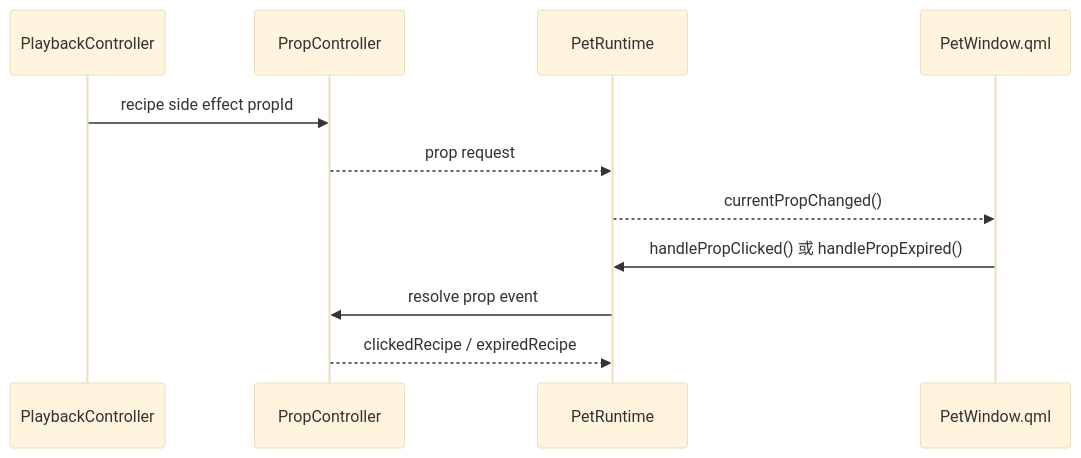
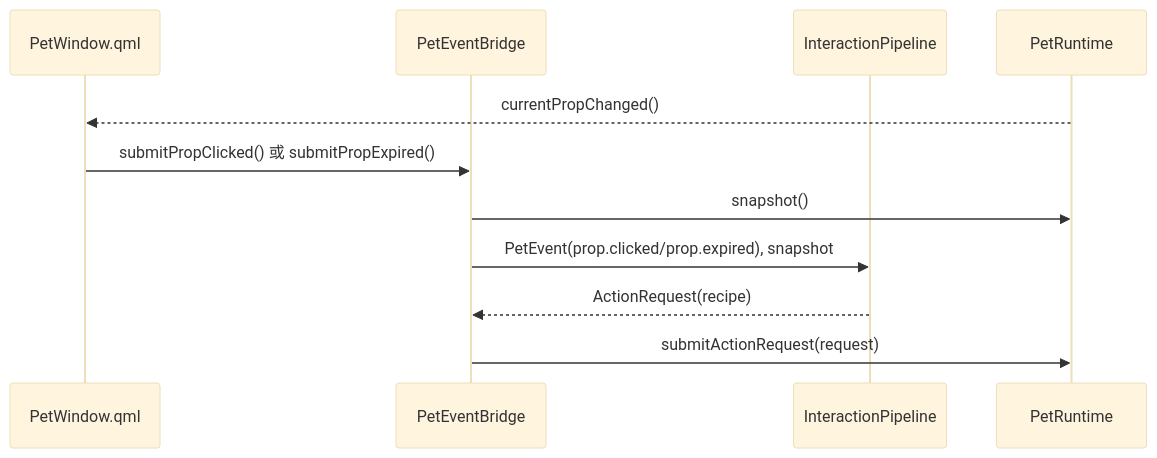
One commit to tiantian180/MilesEdgeworth changed the fifth of 5 diagrams in docs/v2/设计方案/桌宠运行时职责拆分设计.md. Above: the diagram before and after it, drawn with Mermaid (base theme). The commit also changed other lines of this file and 47 other files, not shown here.

Commit message:
refactor: add event action request pipeline

````diff
--- a/docs/v2/设计方案/桌宠运行时职责拆分设计.md
+++ b/docs/v2/设计方案/桌宠运行时职责拆分设计.md
@@ -548,14 +649,14 @@
 ```mermaid
 sequenceDiagram
-    participant Playback as PlaybackController
-    participant Prop as PropController
+    participant QML as PetWindow.qml
+    participant Bridge as PetEventBridge
+    participant Pipeline as InteractionPipeline
     participant Runtime as PetRuntime
-    participant QML as PetWindow.qml
 
-    Playback->>Prop: recipe side effect propId
-    Prop-->>Runtime: prop request
     Runtime-->>QML: currentPropChanged()
-    QML->>Runtime: handlePropClicked() 或 handlePropExpired()
-    Runtime->>Prop: resolve prop event
-    Prop-->>Runtime: clickedRecipe / expiredRecipe
+    QML->>Bridge: submitPropClicked() 或 submitPropExpired()
+    Bridge->>Runtime: snapshot()
+    Bridge->>Pipeline: PetEvent(prop.clicked/prop.expired), snapshot
+    Pipeline-->>Bridge: ActionRequest(recipe)
+    Bridge->>Runtime: submitActionRequest(request)
 ```
````
